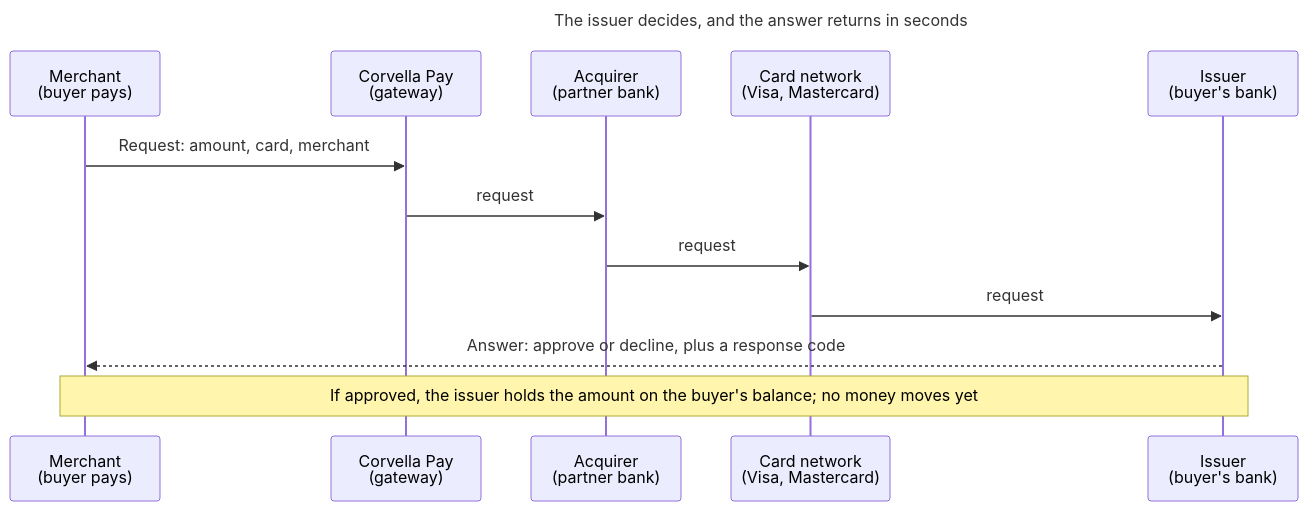
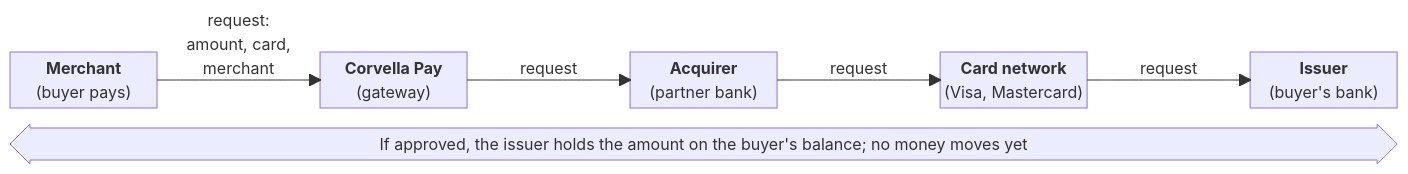
One commit to adrielidaltoe/payment-data-analytics-engineering-project changed the third of 4 diagrams in docs/business_context.md. Above: the diagram before and after it, drawn with Mermaid. The commit also changed other lines of this file, not shown here.

Commit message:
Clarify the KYC source and redraw the authorize diagram
- Spell out Know Your Customer (KYC) and use one name for the merchant
  source system throughout.
- Redraw the authorize path as a block diagram: boxes linked by
  arrows, and a full-width double arrow for the hold note.
- Drop the role-play sentence from the intro.

````diff
--- a/docs/business_context.md
+++ b/docs/business_context.md
@@ -109,18 +109,17 @@
 ```mermaid
 ---
 title: The issuer decides, and the answer returns in seconds
+config:
+  themeVariables:
+    edgeLabelBackground: transparent
 ---
-sequenceDiagram
-    participant M as Merchant<br/>(buyer pays)
-    participant G as Corvella Pay<br/>(gateway)
-    participant A as Acquirer<br/>(partner bank)
-    participant N as Card network<br/>(Visa, Mastercard)
-    participant I as Issuer<br/>(buyer's bank)
+block-beta
+    columns 9
+    merchant["<b>Merchant</b><br/>(buyer pays)"] space gateway["<b>Corvella Pay</b><br/>(gateway)"] space acquirer["<b>Acquirer</b><br/>(partner bank)"] space network["<b>Card network</b><br/>(Visa, Mastercard)"] space issuer["<b>Issuer</b><br/>(buyer's bank)"]
+    hold<["If approved, the issuer holds the amount on the buyer's balance#59; no money moves yet"]>(x):9
 
-    M->>G: Request: amount, card, merchant
-    G->>A: request
-    A->>N: request
-    N->>I: request
-    I-->>M: Answer: approve or decline, plus a response code
-    Note over M,I: If approved, the issuer holds the amount on the buyer's balance#59; no money moves yet
+    merchant -- "request:<br/>amount, card,<br/>merchant<br/>#nbsp;<br/>#nbsp;<br/>#nbsp;" --> gateway
+    gateway -- "request<br/>#nbsp;" --> acquirer
+    acquirer -- "request<br/>#nbsp;" --> network
+    network -- "request<br/>#nbsp;" --> issuer
 ```
````
